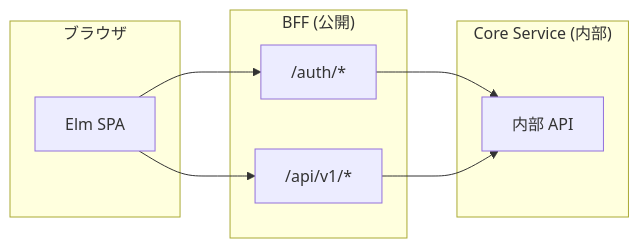
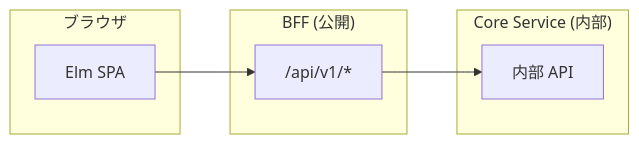
The first of 3 diagrams in docs/03_詳細設計書/03_API設計.md (ka2kama/ringiflow), drawn with Mermaid before and after one commit. The commit also changed other lines of this file and 20 other files, not shown here.

````diff
--- a/docs/03_詳細設計書/03_API設計.md
+++ b/docs/03_詳細設計書/03_API設計.md
@@ -16,20 +16,17 @@
 ```mermaid
 graph LR
     subgraph Browser["ブラウザ"]
         SPA["Elm SPA"]
     end
 
     subgraph BFF["BFF (公開)"]
-        Auth["/auth/*"]
         API["/api/v1/*"]
     end
 
     subgraph Core["Core Service (内部)"]
         Internal["内部 API"]
     end
 
-    SPA --> Auth
     SPA --> API
-    Auth --> Internal
     API --> Internal
 ```
````
